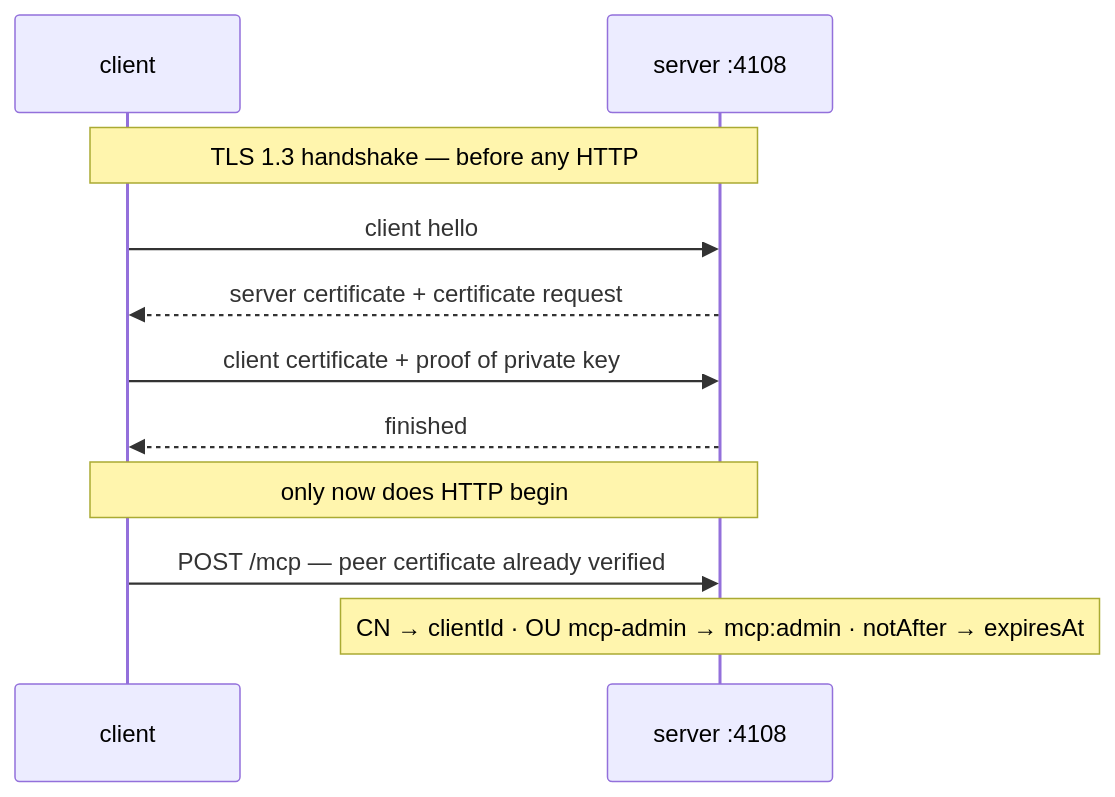
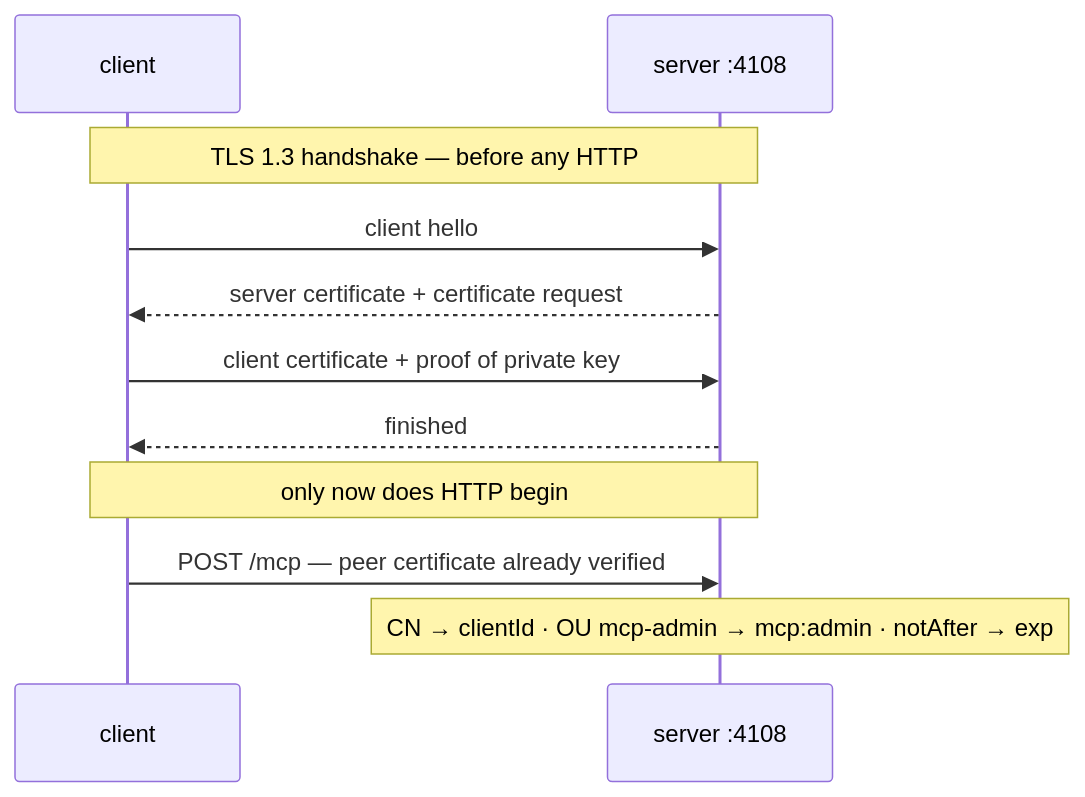
Before and after one commit to c0de-ch/mcp-auth-demo: the sixth of 8 diagrams in docs/course.md, drawn with Mermaid. The commit also changed other lines of this file and 11 other files, not shown here.

````diff
--- a/docs/course.md
+++ b/docs/course.md
@@ -1300,13 +1300,13 @@
 ```mermaid
 sequenceDiagram
     participant C as client
     participant S as server :4108
     Note over C,S: TLS 1.3 handshake — before any HTTP
     C->>S: client hello
     S-->>C: server certificate + certificate request
     C->>S: client certificate + proof of private key
     S-->>C: finished
     Note over C,S: only now does HTTP begin
     C->>S: POST /mcp — peer certificate already verified
-    Note over S: CN → clientId · OU mcp-admin → mcp:admin · notAfter → expiresAt
+    Note over S: CN → clientId · OU mcp-admin → mcp:admin · notAfter → exp
 ```
````
